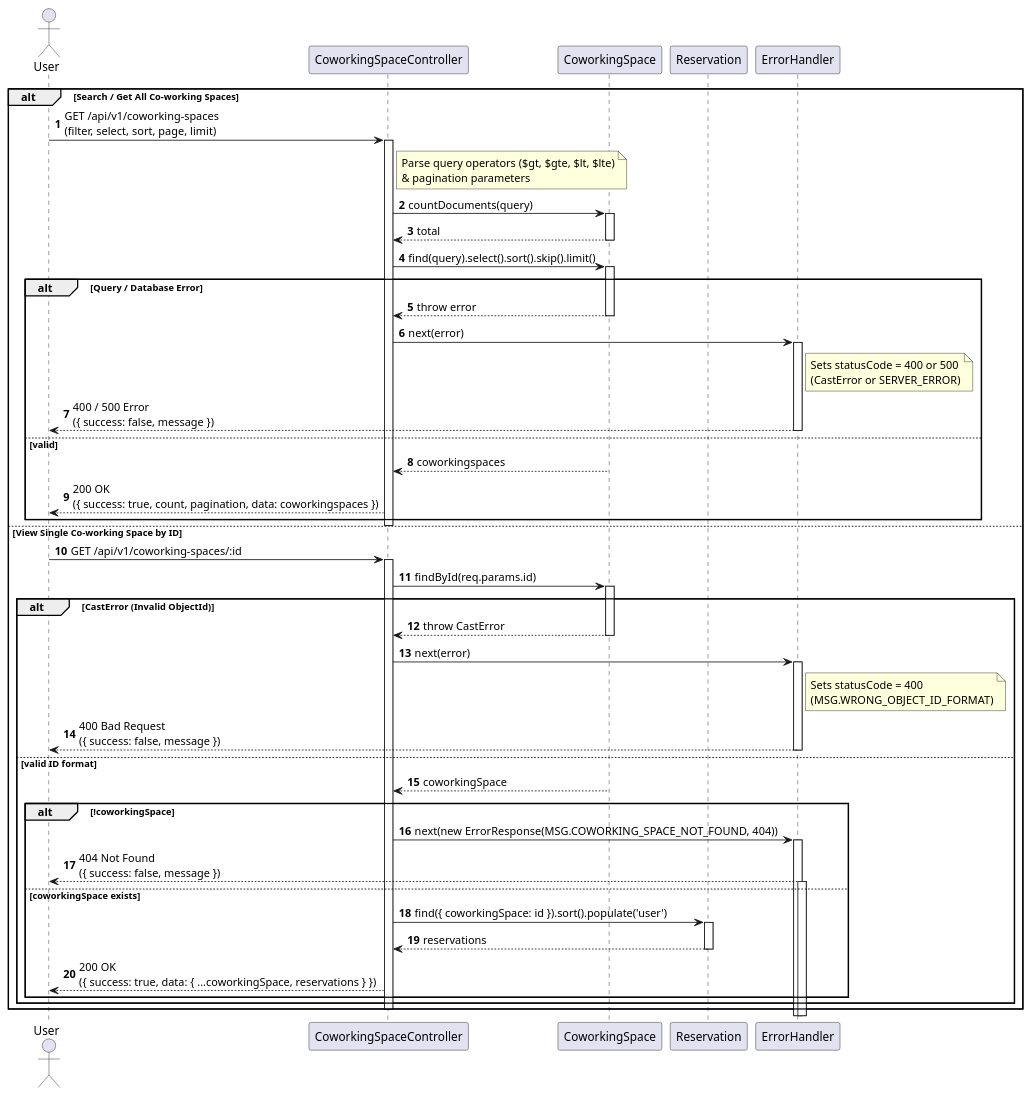
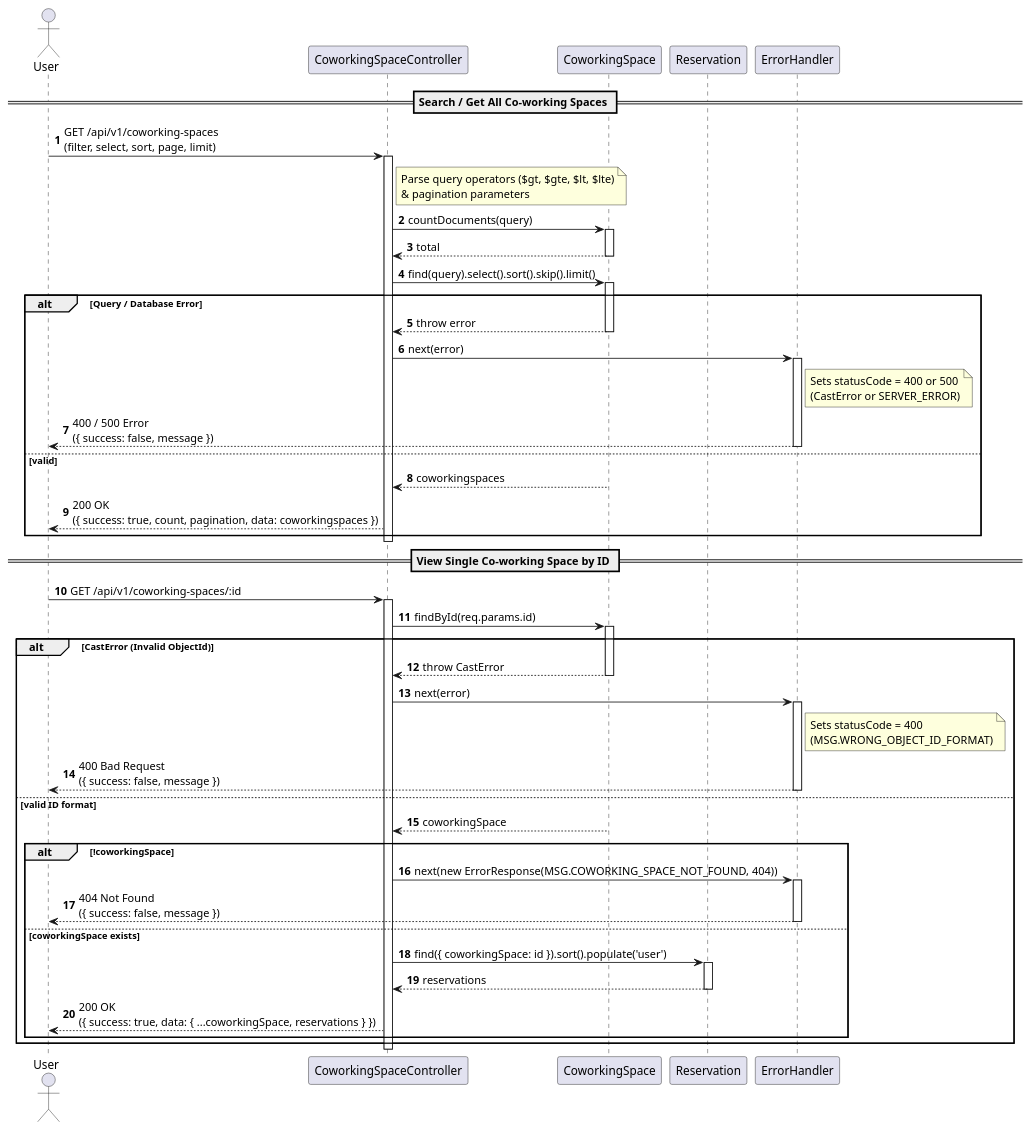
One commit to AiSiriRak/peony-room changed the diagram in docs/diagrams/sequence-diagram/seq-view-coworking-spaces.puml. Above: the diagram before and after it, drawn with PlantUML. The commit also changed 10 other files, not shown here.

Commit message:
fix(docs): add logout seq and edit sequence

```diff
--- a/docs/diagrams/sequence-diagram/seq-view-coworking-spaces.puml
+++ b/docs/diagrams/sequence-diagram/seq-view-coworking-spaces.puml
@@ -1,76 +1,80 @@
 @startuml View and Search Co-working Spaces Sequence
 autonumber
 
 actor "User" as user
 participant "CoworkingSpaceController" as controller
 participant "CoworkingSpace" as spaceSchema
 participant "Reservation" as reservationSchema
 participant "ErrorHandler" as errHandler
 
-alt Search / Get All Co-working Spaces
-    user -> controller : GET /api/v1/coworking-spaces\n(filter, select, sort, page, limit)
-    activate controller
+== Search / Get All Co-working Spaces ==
 
-    note right of controller : Parse query operators ($gt, $gte, $lt, $lte)\n& pagination parameters
+user -> controller : GET /api/v1/coworking-spaces\n(filter, select, sort, page, limit)
+activate controller
 
-    controller -> spaceSchema : countDocuments(query)
-    activate spaceSchema
-    spaceSchema --> controller : total
+note right of controller : Parse query operators ($gt, $gte, $lt, $lte)\n& pagination parameters
+
+controller -> spaceSchema : countDocuments(query)
+activate spaceSchema
+spaceSchema --> controller : total
+deactivate spaceSchema
+
+controller -> spaceSchema : find(query).select().sort().skip().limit()
+activate spaceSchema
+
+alt Query / Database Error
+    spaceSchema --> controller : throw error
+    deactivate spaceSchema
+    controller -> errHandler : next(error)
+    activate errHandler
+    note right of errHandler : Sets statusCode = 400 or 500\n(CastError or SERVER_ERROR)
+    errHandler --> user : 400 / 500 Error\n({ success: false, message })
+    deactivate errHandler
+else valid
+    spaceSchema --> controller : coworkingspaces
+    deactivate spaceSchema
+    controller --> user : 200 OK\n({ success: true, count, pagination, data: coworkingspaces })
+end
+
+deactivate controller
+
+== View Single Co-working Space by ID ==
+
+user -> controller : GET /api/v1/coworking-spaces/:id
+activate controller
+
+controller -> spaceSchema : findById(req.params.id)
+activate spaceSchema
+
+alt CastError (Invalid ObjectId)
+    spaceSchema --> controller : throw CastError
+    deactivate spaceSchema
+    controller -> errHandler : next(error)
+    activate errHandler
+    note right of errHandler : Sets statusCode = 400\n(MSG.WRONG_OBJECT_ID_FORMAT)
+    errHandler --> user : 400 Bad Request\n({ success: false, message })
+    deactivate errHandler
+
+else valid ID format
+    spaceSchema --> controller : coworkingSpace
     deactivate spaceSchema
 
-    controller -> spaceSchema : find(query).select().sort().skip().limit()
-    activate spaceSchema
+    alt !coworkingSpace
+        controller -> errHandler : next(new ErrorResponse(MSG.COWORKING_SPACE_NOT_FOUND, 404))
+        activate errHandler
+        errHandler --> user : 404 Not Found\n({ success: false, message })
+        deactivate errHandler
 
-    alt Query / Database Error
-        spaceSchema --> controller : throw error
-        deactivate spaceSchema
-        controller -> errHandler : next(error)
-        activate errHandler
-        note right of errHandler : Sets statusCode = 400 or 500\n(CastError or SERVER_ERROR)
-        errHandler --> user : 400 / 500 Error\n({ success: false, message })
-        deactivate errHandler
-    else valid
-        spaceSchema --> controller : coworkingspaces
-        deactivate spaceSchema
-        controller --> user : 200 OK\n({ success: true, count, pagination, data: coworkingspaces })
-    end
-
-    deactivate controller
-
-else View Single Co-working Space by ID
-    user -> controller : GET /api/v1/coworking-spaces/:id
-    activate controller
-
-    controller -> spaceSchema : findById(req.params.id)
-    activate spaceSchema
-
-    alt CastError (Invalid ObjectId)
-        spaceSchema --> controller : throw CastError
-        deactivate spaceSchema
-        controller -> errHandler : next(error)
-        activate errHandler
-        note right of errHandler : Sets statusCode = 400\n(MSG.WRONG_OBJECT_ID_FORMAT)
-        errHandler --> user : 400 Bad Request\n({ success: false, message })
-        deactivate errHandler
-    else valid ID format
-        spaceSchema --> controller : coworkingSpace
-        deactivate spaceSchema
-
-        alt !coworkingSpace
-            controller -> errHandler : next(new ErrorResponse(MSG.COWORKING_SPACE_NOT_FOUND, 404))
-            activate errHandler
-            errHandler --> user : 404 Not Found\n({ success: false, message })
-            activate errHandler
     else coworkingSpace exists
         controller -> reservationSchema : find({ coworkingSpace: id }).sort().populate('user')
         activate reservationSchema
         reservationSchema --> controller : reservations
         deactivate reservationSchema
 
         controller --> user : 200 OK\n({ success: true, data: { ...coworkingSpace, reservations } })
-        end
     end
+end
 
-    deactivate controller
-end
+deactivate controller
+
 @enduml
```
